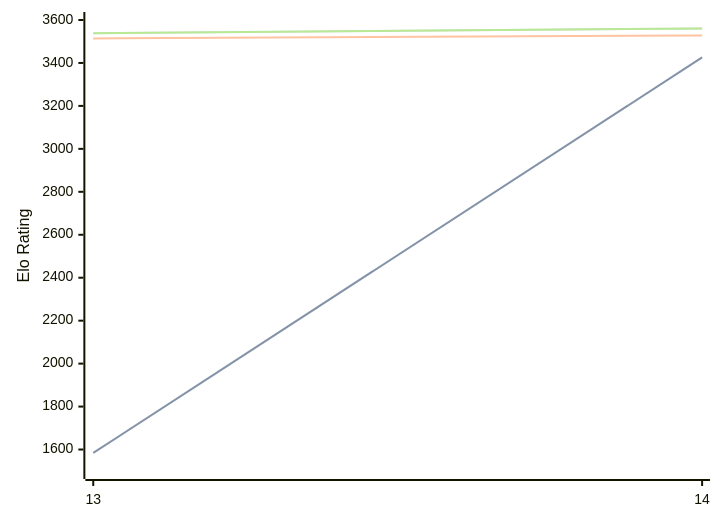
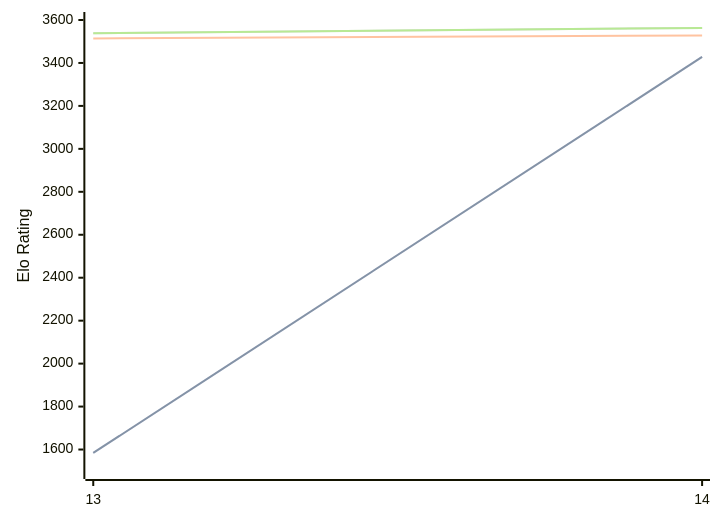
The first of 3 diagrams in engines/Berserk.md (computer-chess-index/cci), drawn with Mermaid before and after one commit. The commit also changed other lines of this file, not shown here.

Commit message:
Update CCI Ratings (ELO VLTC) - 2026-07-08

````diff
--- a/engines/Berserk.md
+++ b/engines/Berserk.md
@@ -63,11 +63,11 @@
 ```mermaid
 %%{init: {"theme":"base","themeVariables":{"seriesColors:['#a3a3a3','#222221','#faa371']}}}%%
 xychart-beta
   x-axis ["13", "14"]
   y-axis "Elo Rating" 1500 --> 3600
-  line "STC (8.0+0.08s)" [1584, 3426]
-  line "STC (8.0+0.08s)" [1584, 3426]
+  line "STC (8.0+0.08s)" [1584, 3428]
+  line "STC (8.0+0.08s)" [1584, 3428]
   line "LTC (60.0+0.60s)" [3514, 3528]
-  line "VLTC (2m24s+1.12s)" [3538, 3561]
-  line "VLTC (2m24s+1.12s)" [3538, 3561]
+  line "VLTC (2m24s+1.12s)" [3538, 3563]
+  line "VLTC (2m24s+1.12s)" [3538, 3563]
 ```
````
